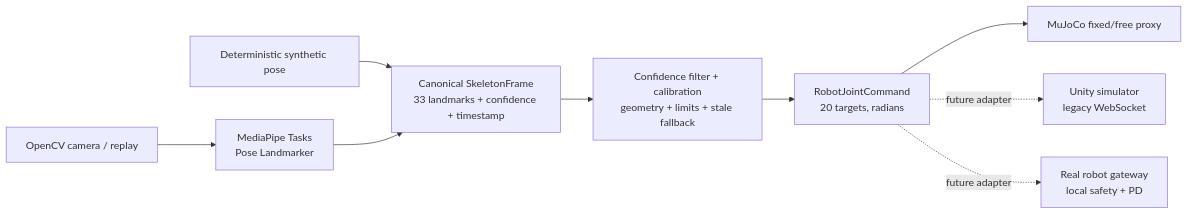
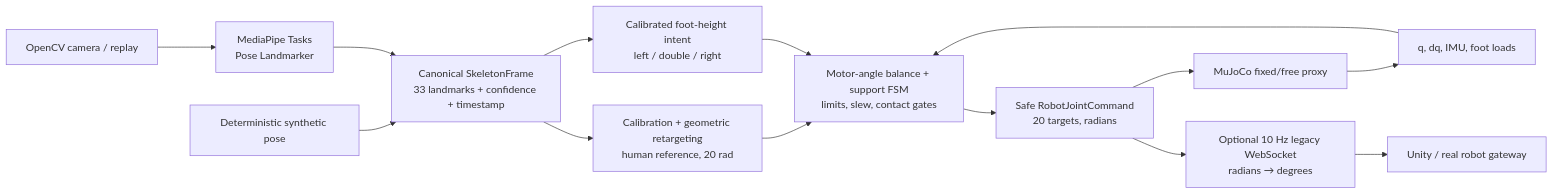
The diagram in README.md (nameunique/robot-human-interface), drawn with Mermaid before and after one commit. The commit also changed other lines of this file and 28 other files, not shown here.

Commit message:
feat: add stability-aware motor-angle teleoperation

````diff
--- a/README.md
+++ b/README.md
@@ -331,11 +393,16 @@
 ```mermaid
 flowchart LR
     Camera["OpenCV camera / replay"] --> Pose["MediaPipe Tasks\nPose Landmarker"]
     Synthetic["Deterministic synthetic pose"] --> Skeleton["Canonical SkeletonFrame\n33 landmarks + confidence + timestamp"]
     Pose --> Skeleton
-    Skeleton --> Filter["Confidence filter + calibration\ngeometry + limits + stale fallback"]
-    Filter --> Command["RobotJointCommand\n20 targets, radians"]
-    Command --> MuJoCo["MuJoCo fixed/free proxy"]
-    Command -. future adapter .-> Unity["Unity simulator\nlegacy WebSocket"]
-    Command -. future adapter .-> Real["Real robot gateway\nlocal safety + PD"]
+    Skeleton --> Retarget["Calibration + geometric retargeting\nhuman reference, 20 rad"]
+    Skeleton --> Intent["Calibrated foot-height intent\nleft / double / right"]
+    Retarget --> Balance["Motor-angle balance + support FSM\nlimits, slew, contact gates"]
+    Intent --> Balance
+    State["q, dq, IMU, foot loads"] --> Balance
+    Balance --> Safe["Safe RobotJointCommand\n20 targets, radians"]
+    Safe --> MuJoCo["MuJoCo fixed/free proxy"]
+    MuJoCo --> State
+    Safe --> WS["Optional 10 Hz legacy WebSocket\nradians → degrees"]
+    WS --> Unity["Unity / real robot gateway"]
 ```
````
